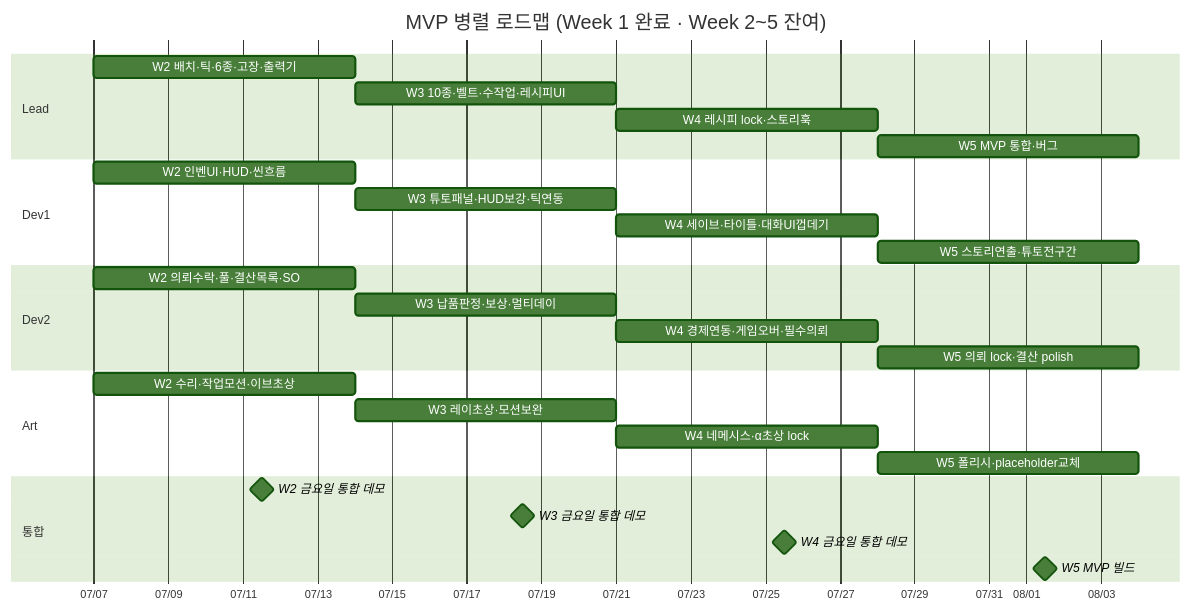
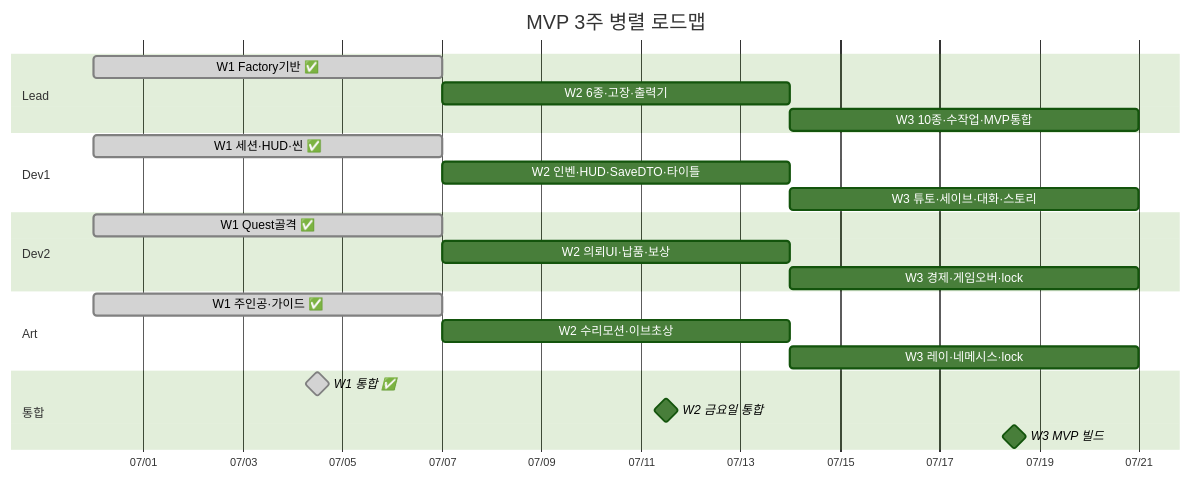
One commit to BARIbrother/DungeonFront changed the second of 5 diagrams in Docs/dev-plan/parallel-roadmap.md. Above: the diagram before and after it, drawn with Mermaid (forest theme). The commit also changed other lines of this file and 82 other files, not shown here.

````diff
--- a/Docs/dev-plan/parallel-roadmap.md
+++ b/Docs/dev-plan/parallel-roadmap.md
@@ -75,36 +59,31 @@
 ```mermaid
 gantt
-    title MVP 병렬 로드맵 (Week 1 완료 · Week 2~5 잔여)
+    title MVP 3주 병렬 로드맵
     dateFormat YYYY-MM-DD
     axisFormat %m/%d
 
     section Lead
-    W2 배치·틱·6종·고장·출력기     :lead2, 2026-07-07, 7d
-    W3 10종·벨트·수작업·레시피UI   :lead3, after lead2, 7d
-    W4 레시피 lock·스토리훅        :lead4, after lead3, 7d
-    W5 MVP 통합·버그               :lead5, after lead4, 7d
+    W1 Factory기반 ✅           :done, lead1, 2026-06-30, 7d
+    W2 6종·고장·출력기         :lead2, 2026-07-07, 7d
+    W3 10종·수작업·MVP통합      :lead3, after lead2, 7d
 
     section Dev1
-    W2 인벤UI·HUD·씬흐름          :d1_2, 2026-07-07, 7d
-    W3 튜토패널·HUD보강·틱연동     :d1_3, after d1_2, 7d
-    W4 세이브·타이틀·대화UI껍데기   :d1_4, after d1_3, 7d
-    W5 스토리연출·튜토전구간        :d1_5, after d1_4, 7d
+    W1 세션·HUD·씬 ✅           :done, d1_1, 2026-06-30, 7d
+    W2 인벤·HUD·SaveDTO·타이틀  :d1_2, 2026-07-07, 7d
+    W3 튜토·세이브·대화·스토리   :d1_3, after d1_2, 7d
 
     section Dev2
-    W2 의뢰수락·풀·결산목록·SO     :d2_2, 2026-07-07, 7d
-    W3 납품판정·보상·멀티데이       :d2_3, after d2_2, 7d
-    W4 경제연동·게임오버·필수의뢰   :d2_4, after d2_3, 7d
-    W5 의뢰 lock·결산 polish       :d2_5, after d2_4, 7d
+    W1 Quest골격 ✅             :done, d2_1, 2026-06-30, 7d
+    W2 의뢰UI·납품·보상         :d2_2, 2026-07-07, 7d
+    W3 경제·게임오버·lock       :d2_3, after d2_2, 7d
 
     section Art
-    W2 수리·작업모션·이브초상       :art2, 2026-07-07, 7d
-    W3 레이초상·모션보완            :art3, after art2, 7d
-    W4 네메시스·α초상 lock         :art4, after art3, 7d
-    W5 폴리시·placeholder교체      :art5, after art4, 7d
+    W1 주인공·가이드 ✅         :done, art1, 2026-06-30, 7d
+    W2 수리모션·이브초상        :art2, 2026-07-07, 7d
+    W3 레이·네메시스·lock       :art3, after art2, 7d
 
     section 통합
-    W2 금요일 통합 데모             :milestone, 2026-07-11, 1d
-    W3 금요일 통합 데모             :milestone, 2026-07-18, 1d
-    W4 금요일 통합 데모             :milestone, 2026-07-25, 1d
-    W5 MVP 빌드                    :milestone, 2026-08-01, 1d
+    W1 통합 ✅                  :milestone, done, 2026-07-04, 1d
+    W2 금요일 통합              :milestone, 2026-07-11, 1d
+    W3 MVP 빌드                 :milestone, 2026-07-18, 1d
 ```
````
